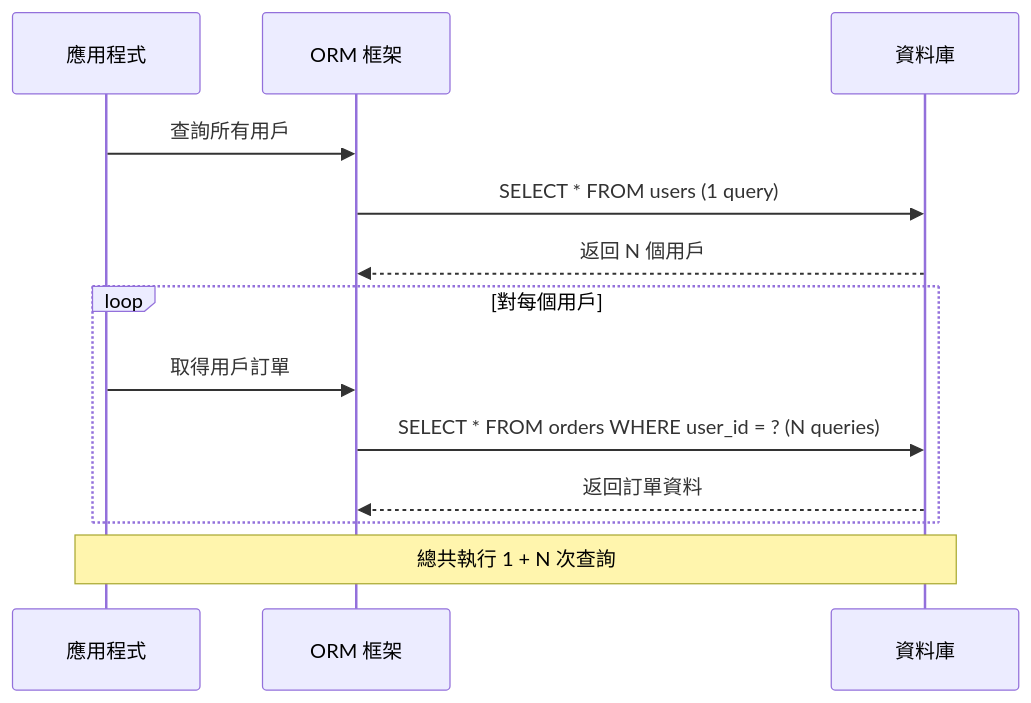
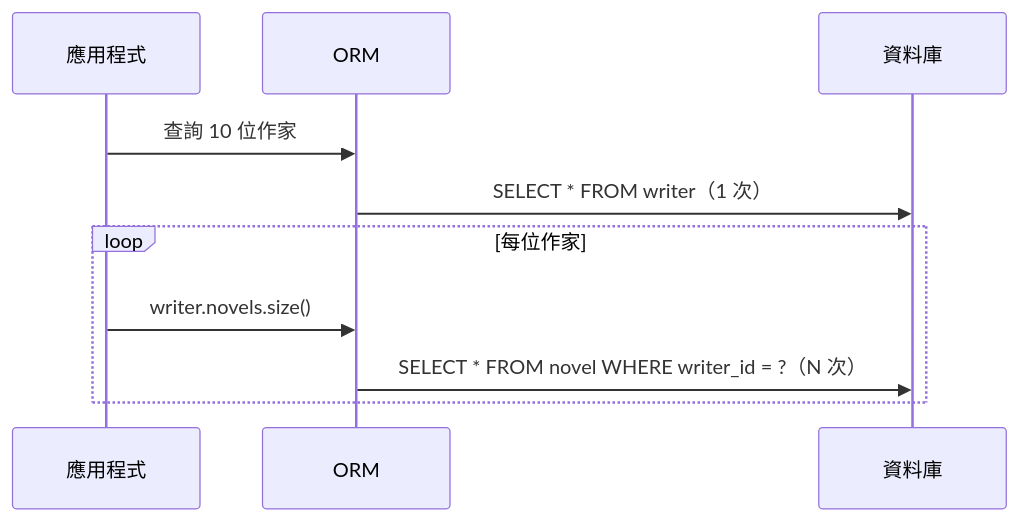
The ninth of 13 diagrams in content/posts/教學/分析與設計/Object-Relational Mapping (ORM) 物件關聯對映教學.md (chihhung/Blog), drawn with Mermaid before and after one commit. The commit also changed other lines of this file and 2 other files, not shown here.

Commit message:
docs: Refactoring and ORM doc update

````diff
--- a/content/posts/教學/分析與設計/Object-Relational Mapping (ORM) 物件關聯對映教學.md
+++ b/content/posts/教學/分析與設計/Object-Relational Mapping (ORM) 物件關聯對映教學.md
@@ -2591,18 +3098,12 @@
 ```mermaid
 sequenceDiagram
     participant App as 應用程式
-    participant ORM as ORM 框架
+    participant ORM
     participant DB as 資料庫
-    
-    App->>ORM: 查詢所有用戶
-    ORM->>DB: SELECT * FROM users (1 query)
-    DB-->>ORM: 返回 N 個用戶
-    
-    loop 對每個用戶
-        App->>ORM: 取得用戶訂單
-        ORM->>DB: SELECT * FROM orders WHERE user_id = ? (N queries)
-        DB-->>ORM: 返回訂單資料
+    App->>ORM: 查詢 10 位作家
+    ORM->>DB: SELECT * FROM writer（1 次）
+    loop 每位作家
+        App->>ORM: writer.novels.size()
+        ORM->>DB: SELECT * FROM novel WHERE writer_id = ?（N 次）
     end
-    
-    Note over App,DB: 總共執行 1 + N 次查詢
 ```
````
